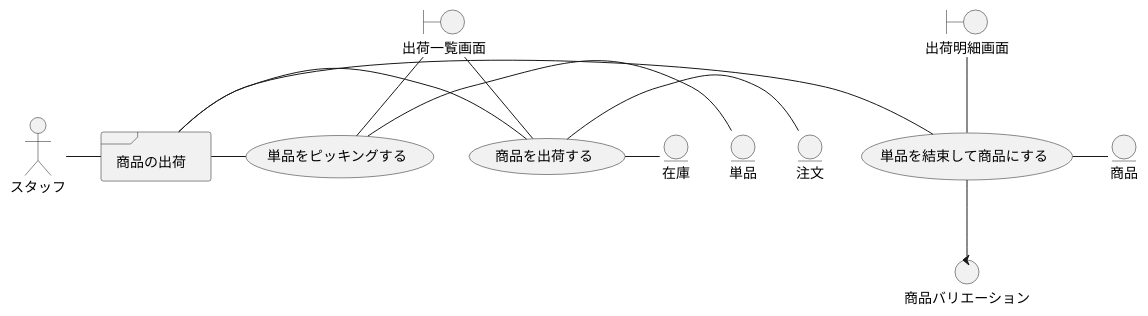
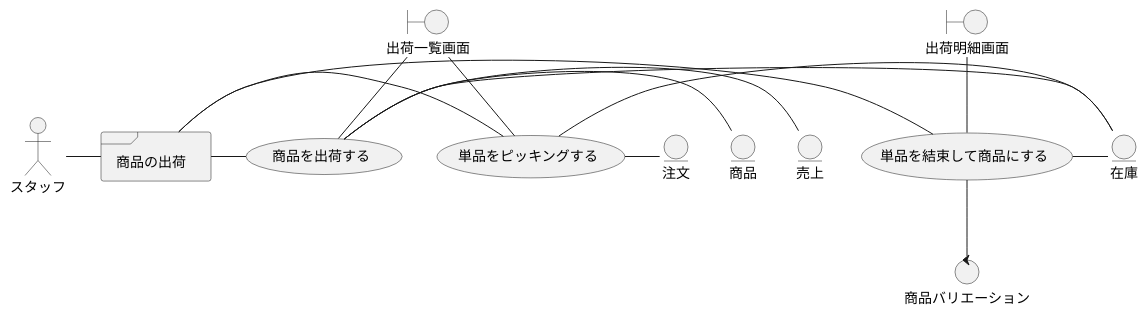
Before and after one commit to k2works/application_programing_excercise_2022: diagram 30 of 37 in docs/index.adoc, drawn with PlantUML. The commit also changed other lines of this file, not shown here.

```diff
--- a/docs/index.adoc
+++ b/docs/index.adoc
@@ -917,29 +918,31 @@
 [plantuml]
 ----
 @startuml
 actor "スタッフ" as ac_01
 frame "商品の出荷" as f01
 usecase "単品をピッキングする" as UC1
 usecase "単品を結束して商品にする" as UC2
 usecase "商品を出荷する" as UC3
 boundary "出荷一覧画面" as b01
 boundary "出荷明細画面" as b02
 entity "在庫" as e01
-entity "注文" as e02
-entity "単品" as e03
-entity "商品" as e04
+entity "商品" as e02
+entity "注文" as e03
+entity "売上" as e04
 control "商品バリエーション" as c01
 
 ac_01 - f01
 f01 - UC1
 f01 - UC2
 f01 - UC3
 b01 -- UC1
 b02 -- UC2
 b01 -- UC3
+UC1 - e01
 UC1 - e03
-UC2 - e04
+UC2 - e01
 UC3 - e01
 UC3 - e02
+UC3 - e04
 UC2 -- c01
 ----
```
